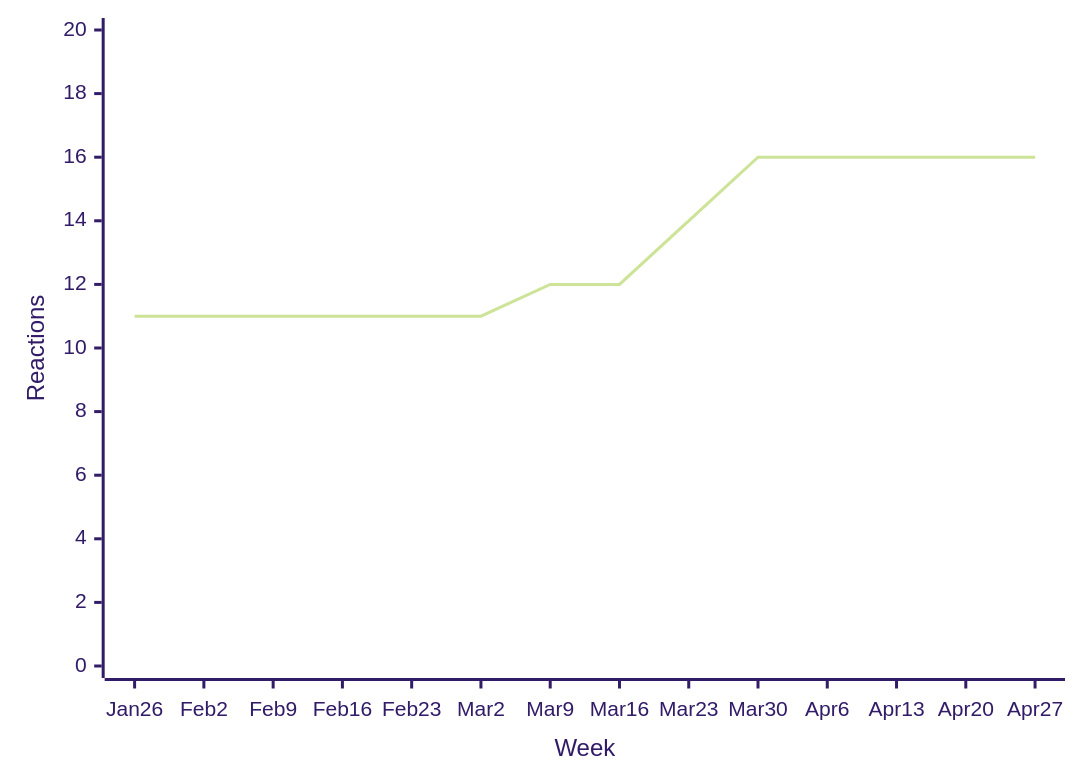
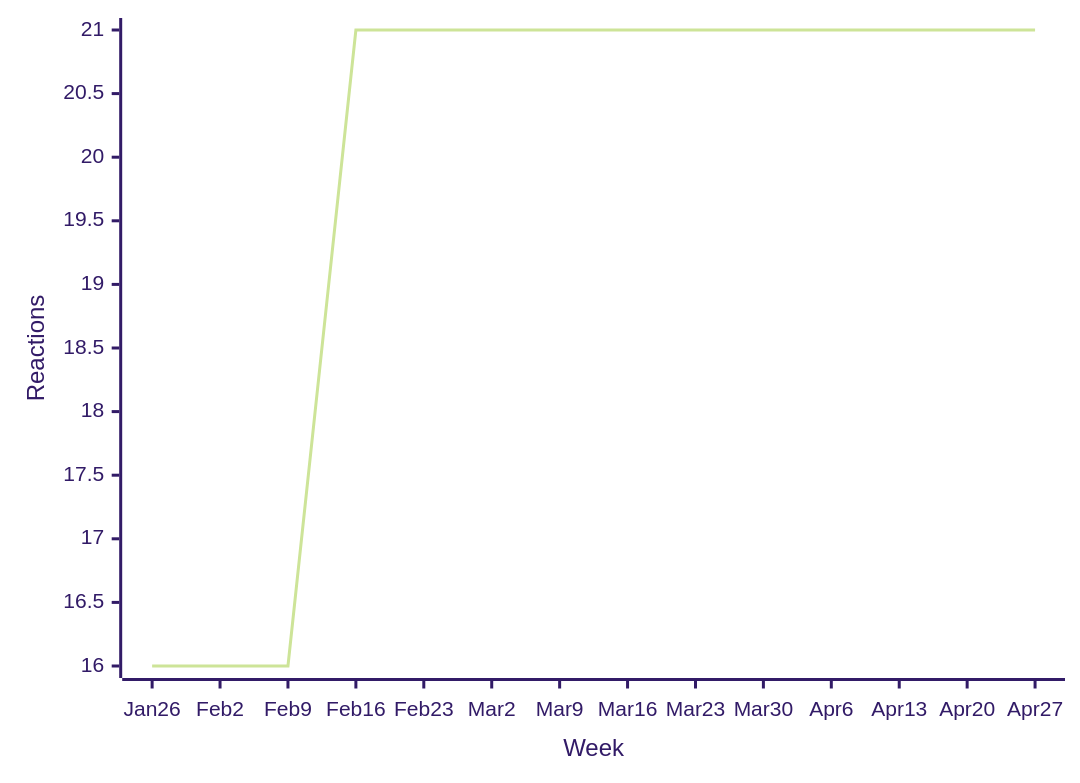
One commit to loic-sharma/github-insights changed diagram 55 of 58 in README.md. Above: the diagram before and after it, drawn with Mermaid (forest theme). The commit also changed other lines of this file and 3 other files, not shown here.

````diff
--- a/README.md
+++ b/README.md
@@ -395,6 +1257,6 @@
   ```mermaid
   xychart-beta
     x-axis "Week" [Jan 26, Feb 2, Feb 9, Feb 16, Feb 23, Mar 2, Mar 9, Mar 16, Mar 23, Mar 30, Apr 6, Apr 13, Apr 20, Apr 27]
-    y-axis "Reactions" 0 --> 20
-    line [11, 11, 11, 11, 11, 11, 12, 12, 14, 16, 16, 16, 16, 16]
+    y-axis "Reactions"
+    line [16, 16, 16, 21, 21, 21, 21, 21, 21, 21, 21, 21, 21, 21]
   ```
````
